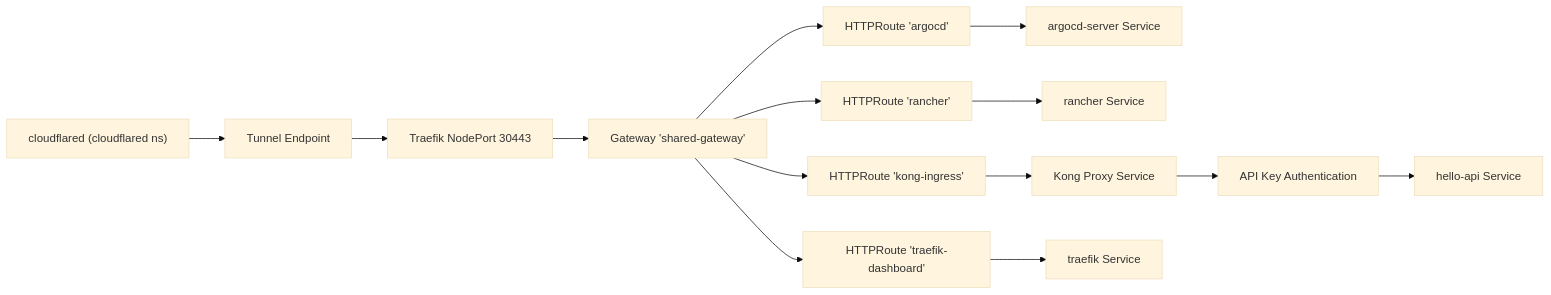
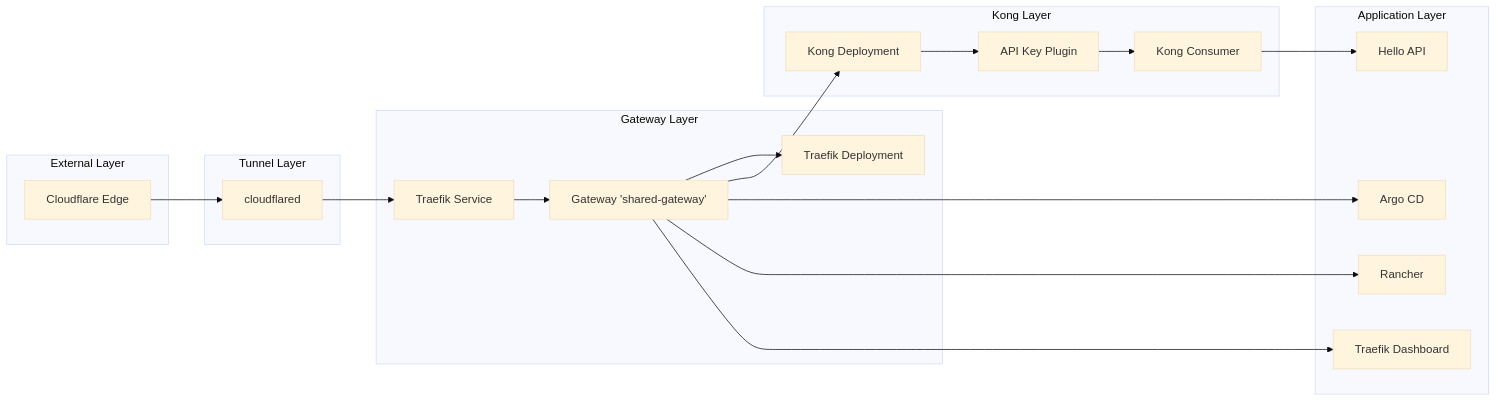
One commit to Hoangvu75/k8s_manifest changed the third of 3 diagrams in .qoder/repowiki/en/content/Architecture and Design/Network Flow and Ingress Architecture.md. Above: the diagram before and after it, drawn with Mermaid (base theme). The commit also changed other lines of this file and 4 other files, not shown here.

````diff
--- a/.qoder/repowiki/en/content/Architecture and Design/Network Flow and Ingress Architecture.md
+++ b/.qoder/repowiki/en/content/Architecture and Design/Network Flow and Ingress Architecture.md
@@ -331,16 +248,36 @@
 ```mermaid
 graph LR
-CF["cloudflared (cloudflared ns)"] --> TN["Tunnel Endpoint"]
-TN --> NP["Traefik NodePort 30443"]
-NP --> GW["Gateway 'shared-gateway'"]
-GW --> HC["HTTPRoute 'argocd'"]
-GW --> HR["HTTPRoute 'rancher'"]
-GW --> HK["HTTPRoute 'kong-ingress'"]
-GW --> HD["HTTPRoute 'traefik-dashboard'"]
-HC --> AS["argocd-server Service"]
-HR --> RS["rancher Service"]
-HK --> KP["Kong Proxy Service"]
-KP --> KA["API Key Authentication"]
-KA --> HS["hello-api Service"]
-HD --> TS["traefik Service"]
+subgraph "External Layer"
+CF["Cloudflare Edge"]
+end
+subgraph "Tunnel Layer"
+CF_TUNNEL["cloudflared"]
+end
+subgraph "Gateway Layer"
+GW["Gateway 'shared-gateway'"]
+TRAEFIK["Traefik Deployment"]
+TRAEFIK_SVC["Traefik Service"]
+end
+subgraph "Kong Layer"
+KONG["Kong Deployment"]
+KONG_PLUGIN["API Key Plugin"]
+KONG_CONSUMER["Kong Consumer"]
+end
+subgraph "Application Layer"
+ARGOCD["Argo CD"]
+RANCHER["Rancher"]
+HELLO_API["Hello API"]
+TRAEFIK_DASH["Traefik Dashboard"]
+end
+CF --> CF_TUNNEL
+CF_TUNNEL --> TRAEFIK_SVC
+TRAEFIK_SVC --> GW
+GW --> TRAEFIK
+GW --> KONG
+KONG --> KONG_PLUGIN
+KONG_PLUGIN --> KONG_CONSUMER
+KONG_CONSUMER --> HELLO_API
+GW --> ARGOCD
+GW --> RANCHER
+GW --> TRAEFIK_DASH
 ```
````
